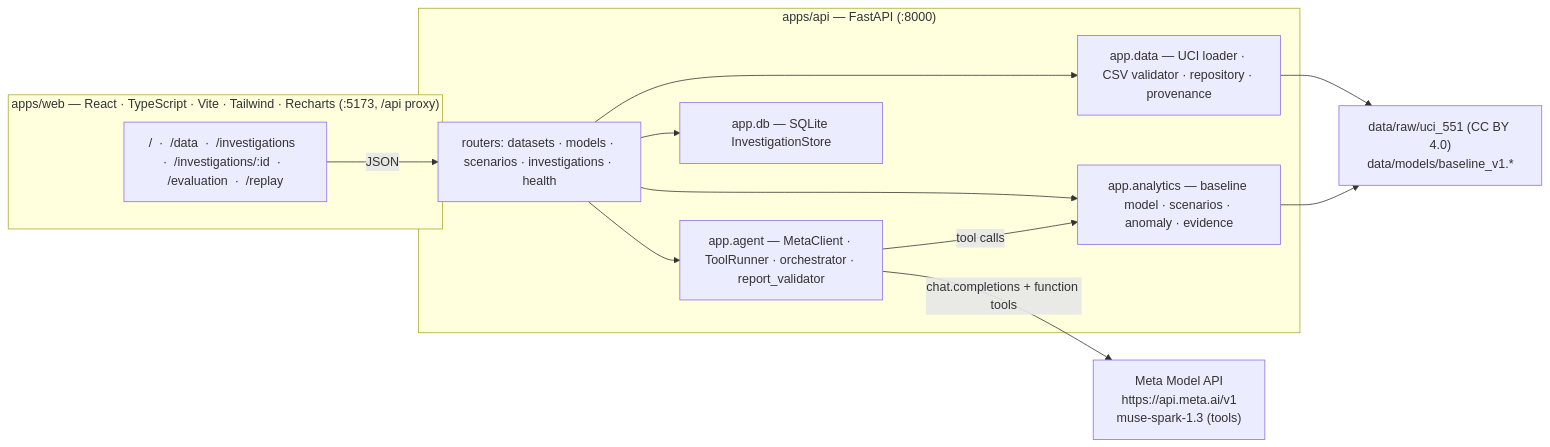
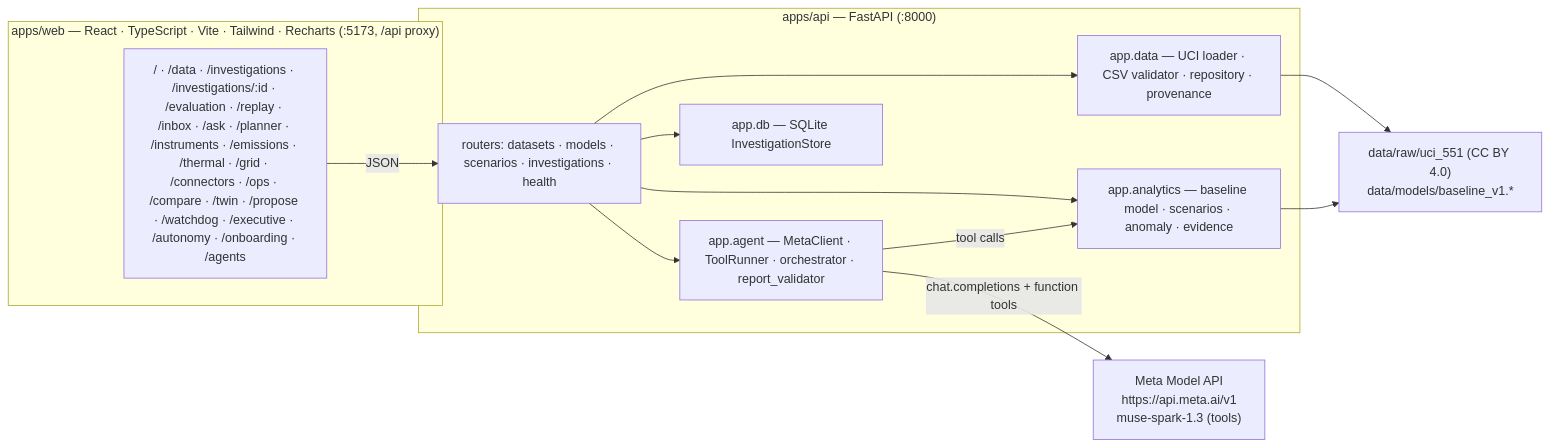
One commit to manvendersingh21/thermomind changed the diagram in README.md. Above: the diagram before and after it, drawn with Mermaid. The commit also changed other lines of this file and 9 other files, not shown here.

````diff
--- a/README.md
+++ b/README.md
@@ -30,21 +31,21 @@
 ```mermaid
 flowchart LR
   subgraph Browser["apps/web — React · TypeScript · Vite · Tailwind · Recharts (:5173, /api proxy)"]
-    UI["/  ·  /data  ·  /investigations  ·  /investigations/:id  ·  /evaluation  ·  /replay"]
+    UI["/ · /data · /investigations · /investigations/:id · /evaluation · /replay · /inbox · /ask · /planner · /instruments · /emissions · /thermal · /grid · /connectors · /ops · /compare · /twin · /propose · /watchdog · /executive · /autonomy · /onboarding · /agents"]
   end
   subgraph API["apps/api — FastAPI (:8000)"]
     R["routers: datasets · models · scenarios · investigations · health"]
     D["app.data — UCI loader · CSV validator · repository · provenance"]
     A["app.analytics — baseline model · scenarios · anomaly · evidence"]
     G["app.agent — MetaClient · ToolRunner · orchestrator · report_validator"]
     S["app.db — SQLite InvestigationStore"]
   end
   M["Meta Model API\nhttps://api.meta.ai/v1\nmuse-spark-1.3 (tools)"]
   F["data/raw/uci_551 (CC BY 4.0)\ndata/models/baseline_v1.*"]
   UI -->|JSON| R
   R --> D --> F
   R --> A --> F
   R --> G -->|chat.completions + function tools| M
   G -->|tool calls| A
   R --> S
 ```
````
